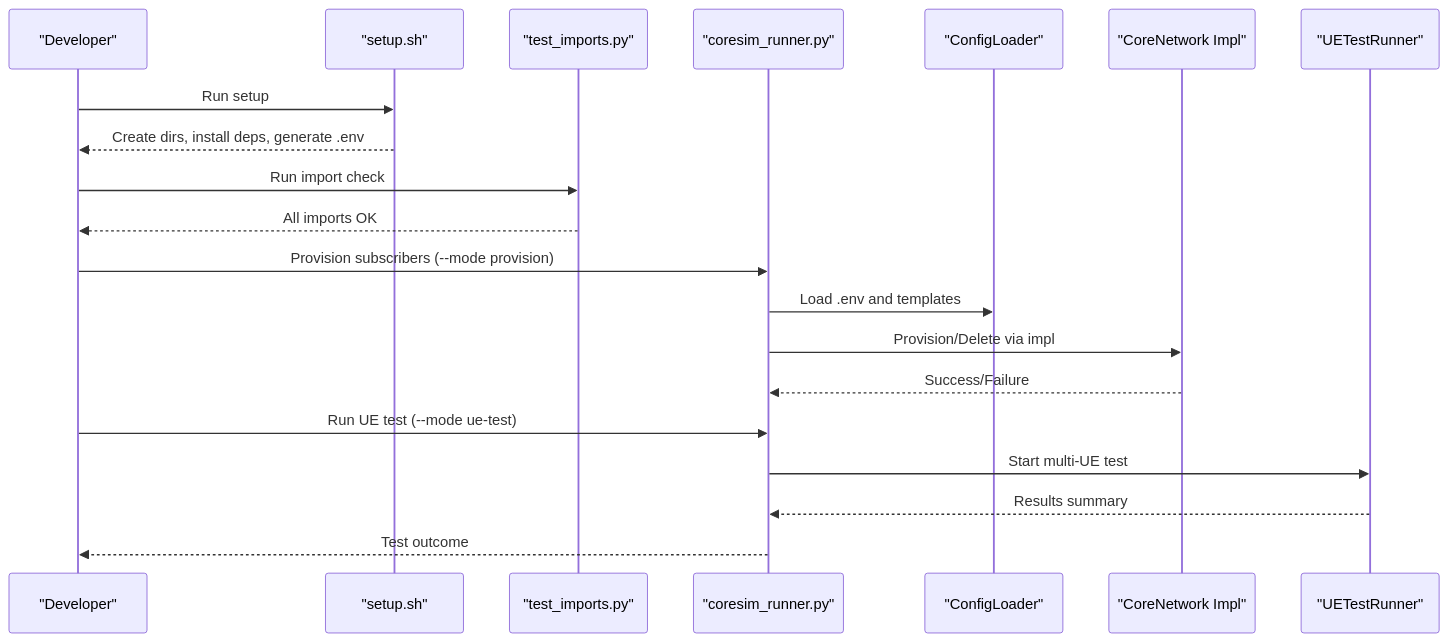
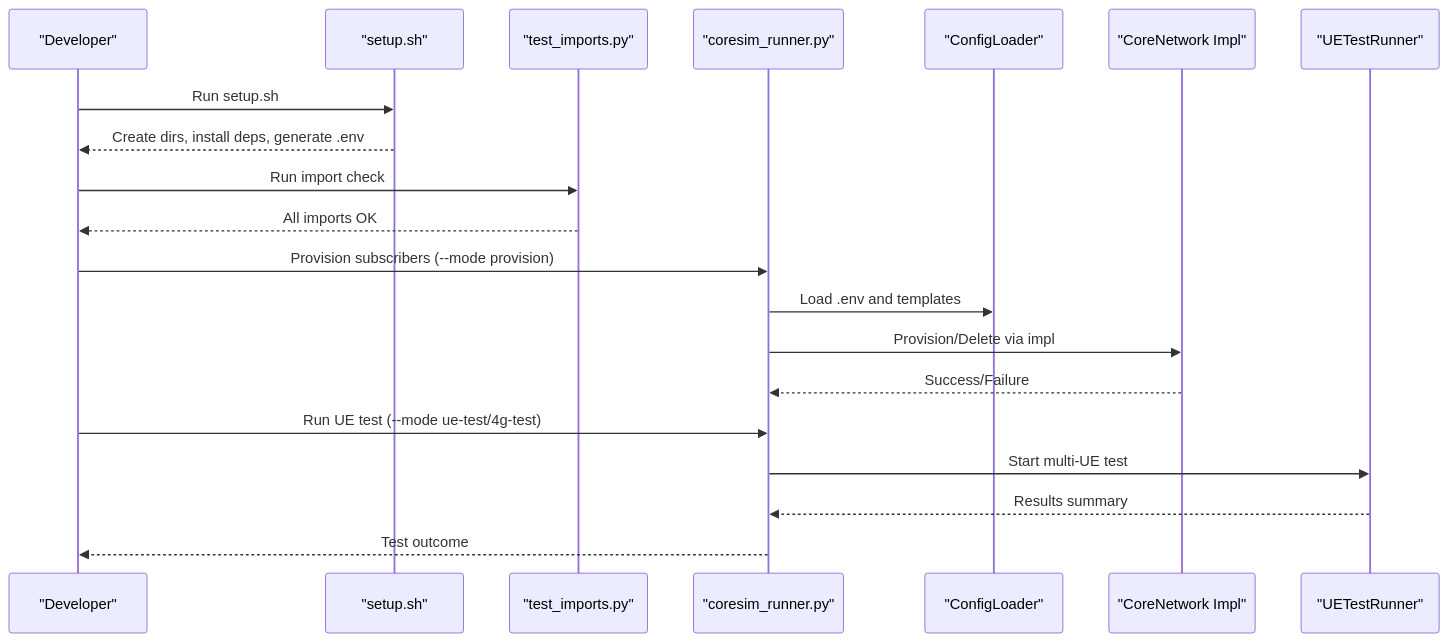
One commit to hackeryounow/coresimrunner changed the second of 5 diagrams in .qoder/repowiki/en/content/Project Overview/Getting Started.md. Above: the diagram before and after it, drawn with Mermaid. The commit also changed other lines of this file and 6 other files, not shown here.

````diff
--- a/.qoder/repowiki/en/content/Project Overview/Getting Started.md
+++ b/.qoder/repowiki/en/content/Project Overview/Getting Started.md
@@ -89,22 +100,22 @@
 ```mermaid
 sequenceDiagram
 participant Dev as "Developer"
 participant Setup as "setup.sh"
 participant Imports as "test_imports.py"
 participant Runner as "coresim_runner.py"
 participant Cfg as "ConfigLoader"
 participant CN as "CoreNetwork Impl"
 participant UE as "UETestRunner"
-Dev->>Setup : Run setup
+Dev->>Setup : Run setup.sh
 Setup-->>Dev : Create dirs, install deps, generate .env
 Dev->>Imports : Run import check
 Imports-->>Dev : All imports OK
 Dev->>Runner : Provision subscribers (--mode provision)
 Runner->>Cfg : Load .env and templates
 Runner->>CN : Provision/Delete via impl
 CN-->>Runner : Success/Failure
-Dev->>Runner : Run UE test (--mode ue-test)
+Dev->>Runner : Run UE test (--mode ue-test/4g-test)
 Runner->>UE : Start multi-UE test
 UE-->>Runner : Results summary
 Runner-->>Dev : Test outcome
 ```
````
